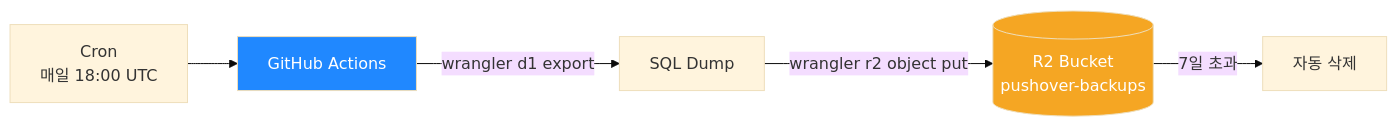
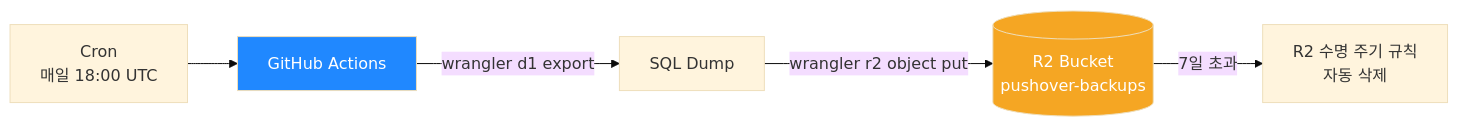
The sixth of 7 diagrams in README.md (deuxksy/PushOver), drawn with Mermaid (base theme) before and after one commit. The commit also changed other lines of this file and 1 other file, not shown here.

Commit message:
refactor: D1 백업 cleanup 로직 제거 (R2 수명 주기 규칙으로 대체)
R2 버킷에 이미 7일 보존 수명 주기 규칙이 설정되어 있어
GitHub Actions의 수동 삭제 로직이 불필요하여 제거

````diff
--- a/README.md
+++ b/README.md
@@ -228,10 +228,10 @@
 ```mermaid
 flowchart LR
     CRON[Cron<br/>매일 18:00 UTC] --> GHA[GitHub Actions]
     GHA -->|wrangler d1 export| SQL[SQL Dump]
     SQL -->|wrangler r2 object put| R2[(R2 Bucket<br/>pushover-backups)]
-    R2 -->|7일 초과| DEL[자동 삭제]
+    R2 -->|7일 초과| DEL[R2 수명 주기 규칙<br/>자동 삭제]
 
     style GHA fill:#2088ff,color:#fff
     style R2 fill:#f5a623,color:#fff
 ```
````
